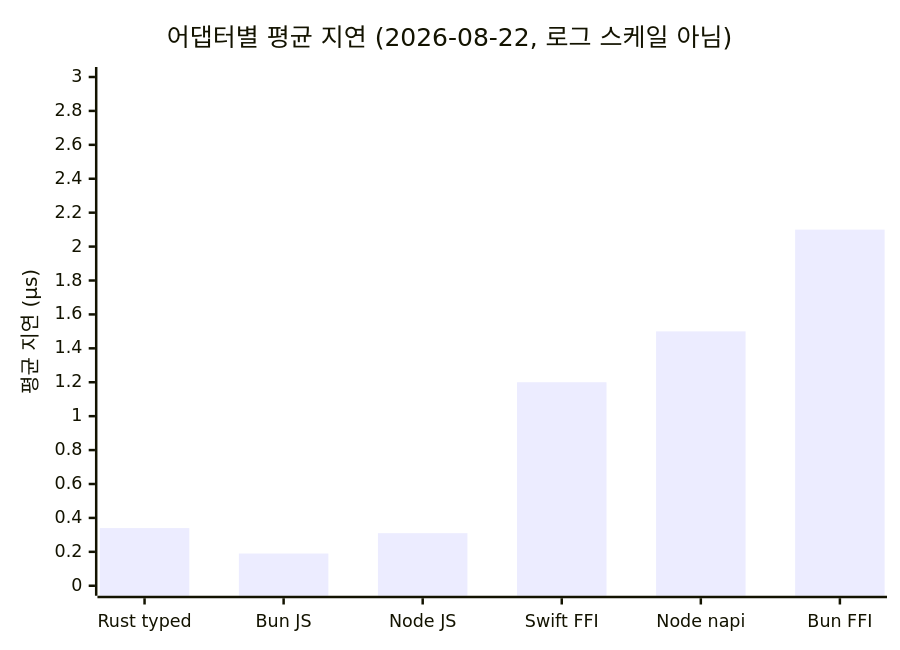
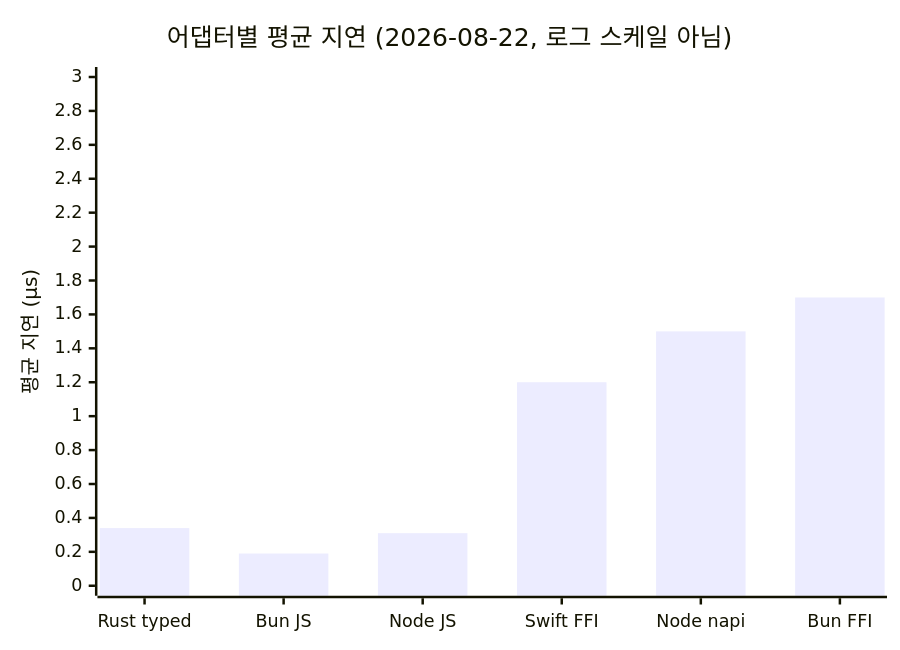
The second of 2 diagrams in docs/benchmarks.md (loopy-lim/rustra), drawn with Mermaid before and after one commit. The commit also changed other lines of this file and 142 other files, not shown here.

````diff
--- a/docs/benchmarks.md
+++ b/docs/benchmarks.md
@@ -82,7 +96,7 @@
 ```mermaid
 xychart-beta
     title "어댑터별 평균 지연 (2026-08-22, 로그 스케일 아님)"
     x-axis ["Rust typed", "Bun JS", "Node JS", "Swift FFI", "Node napi", "Bun FFI"]
     y-axis "평균 지연 (µs)" 0 --> 3
-    bar [0.34, 0.19, 0.31, 1.2, 1.5, 2.1]
+    bar [0.34, 0.19, 0.31, 1.2, 1.5, 1.7]
 ```
````
